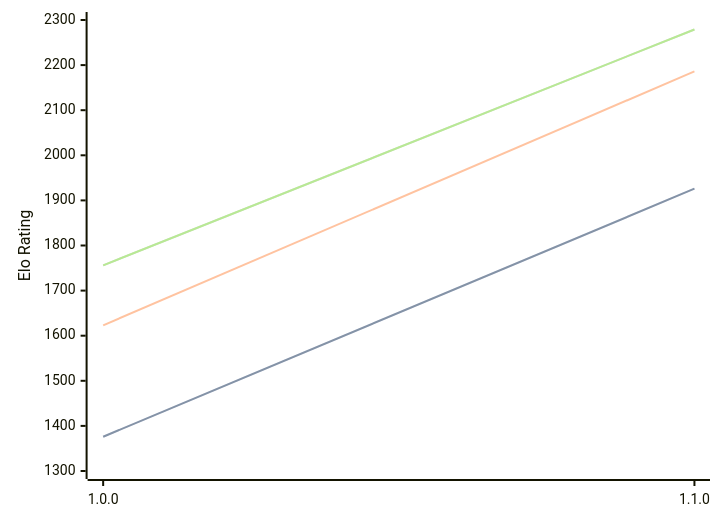
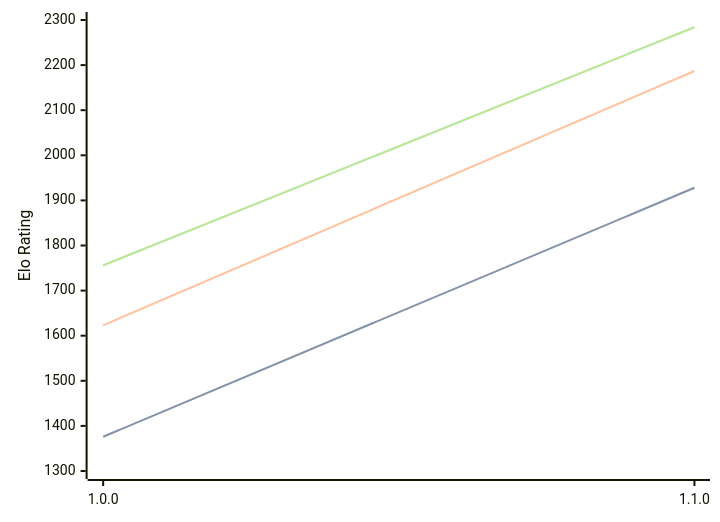
The diagram in engines/Akerbeltz.md (computer-chess-index/cci), drawn with Mermaid before and after one commit. The commit also changed other lines of this file, not shown here.

Commit message:
Update CCI Ratings (ELO VLTC) - 2026-07-23

````diff
--- a/engines/Akerbeltz.md
+++ b/engines/Akerbeltz.md
@@ -32,11 +32,11 @@
 ```mermaid
 %%{init: {"theme":"base","themeVariables":{"seriesColors:['#a3a3a3','#222221','#faa371']}}}%%
 xychart-beta
   x-axis ["1.0.0", "1.1.0"]
   y-axis "Elo Rating" 1300 --> 2300
-  line "STC (8.0+0.08s)" [1376, 1926]
-  line "STC (8.0+0.08s)" [1376, 1926]
-  line "LTC (60.0+0.60s)" [1623, 2186]
-  line "VLTC (2m24s+1.12s)" [1756, 2279]
-  line "VLTC (2m24s+1.12s)" [1756, 2279]
+  line "STC (8.0+0.08s)" [1376, 1928]
+  line "STC (8.0+0.08s)" [1376, 1928]
+  line "LTC (60.0+0.60s)" [1623, 2187]
+  line "VLTC (2m24s+1.12s)" [1756, 2284]
+  line "VLTC (2m24s+1.12s)" [1756, 2284]
 ```
````
